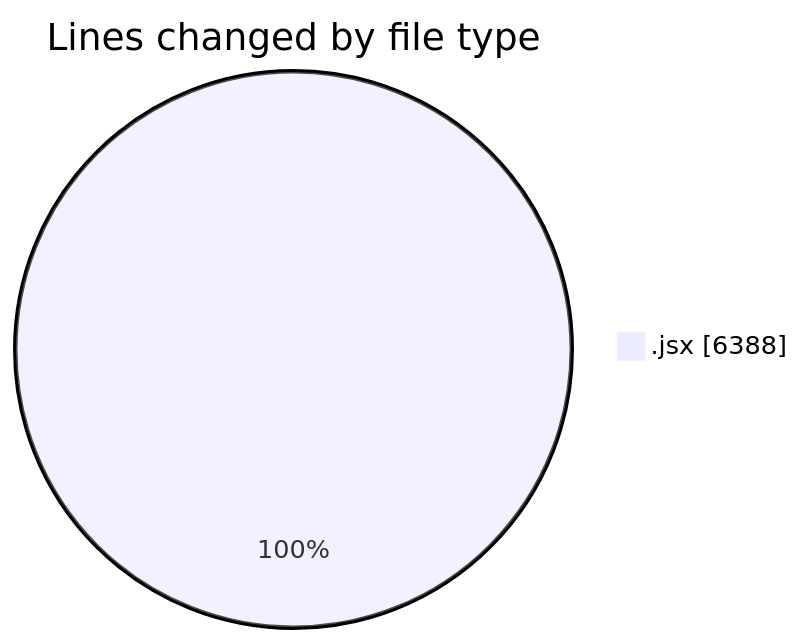
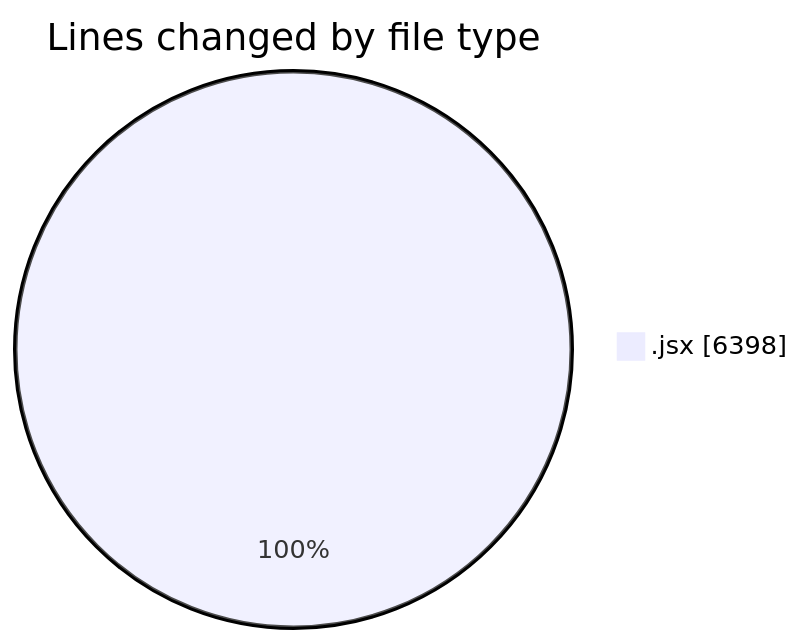
The first of 2 diagrams in 2025-09-09/nxtqube_webapp/README.md (nxtqubesakshisongat/code-tracking), drawn with Mermaid before and after one commit. The commit also changed other lines of this file and 1 other file, not shown here.

````diff
--- a/2025-09-09/nxtqube_webapp/README.md
+++ b/2025-09-09/nxtqube_webapp/README.md
@@ -22,5 +22,5 @@
 ```mermaid
 pie showData
 title Lines changed by file type
-".jsx" : 6388
+".jsx" : 6398
 ```
````
